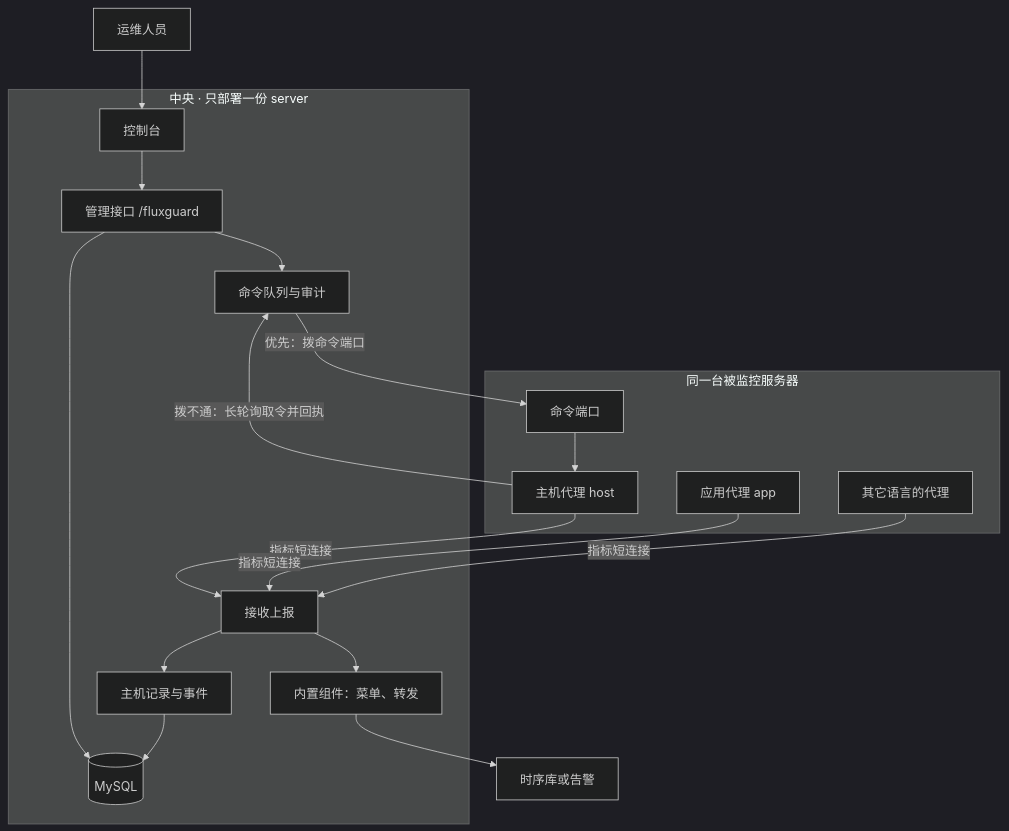
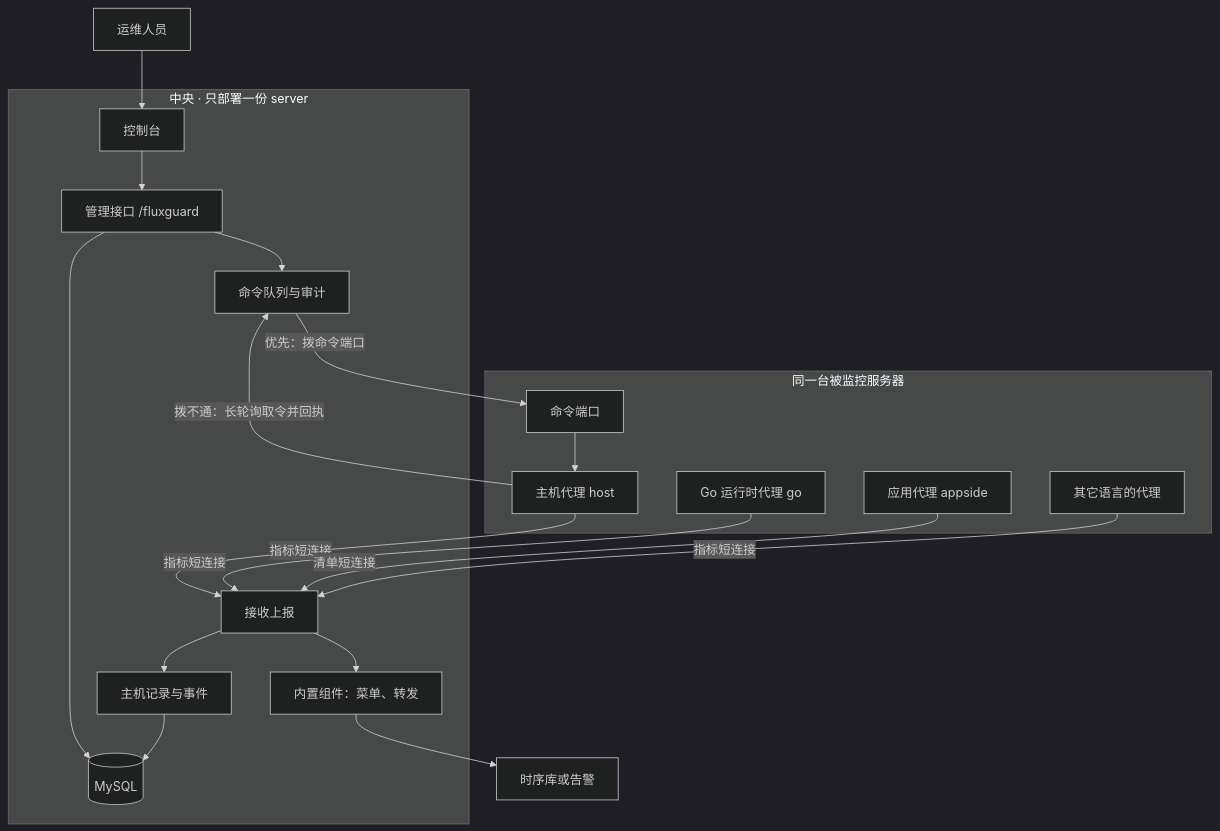
One commit to fluxsce/flux-guard changed the first of 3 diagrams in docs/01-architecture.md. Above: the diagram before and after it, drawn with Mermaid (dark theme). The commit also changed other lines of this file and 74 other files, not shown here.

````diff
--- a/docs/01-architecture.md
+++ b/docs/01-architecture.md
@@ -11,38 +11,40 @@
 ```mermaid
 flowchart TB
   operator[运维人员]
 
   subgraph center ["中央 · 只部署一份 server"]
     console[控制台]
     mgmt["管理接口 /fluxguard"]
     ingest["接收上报"]
     records[主机记录与事件]
     commands["命令队列与审计"]
     builtin["内置组件：菜单、转发"]
     db[(MySQL)]
   end
 
   subgraph machine ["同一台被监控服务器"]
     hostAgent["主机代理 host"]
     cmdPort["命令端口"]
-    appAgent["应用代理 app"]
+    goAgent["Go 运行时代理 go"]
+    sideAgent["应用代理 appside"]
     otherAgent["其它语言的代理"]
   end
 
   tsdb[时序库或告警]
 
   operator --> console
   console --> mgmt
   mgmt --> db
   ingest --> records
   records --> db
   ingest --> builtin
   builtin --> tsdb
   hostAgent -->|"指标短连接"| ingest
-  appAgent -->|"指标短连接"| ingest
+  goAgent -->|"指标短连接"| ingest
+  sideAgent -->|"清单短连接"| ingest
   otherAgent -->|"指标短连接"| ingest
   mgmt --> commands
   commands -->|"优先：拨命令端口"| cmdPort
   cmdPort --> hostAgent
   hostAgent -->|"拨不通：长轮询取令并回执"| commands
 ```
````
